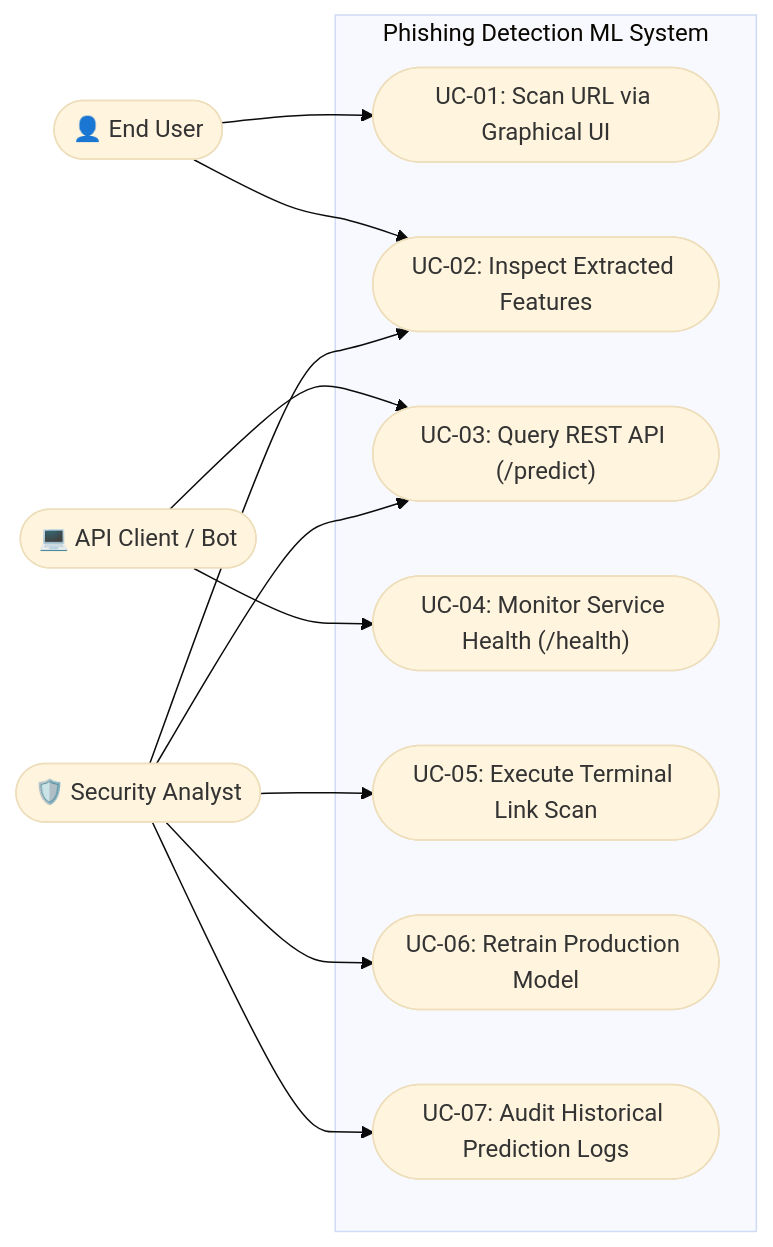
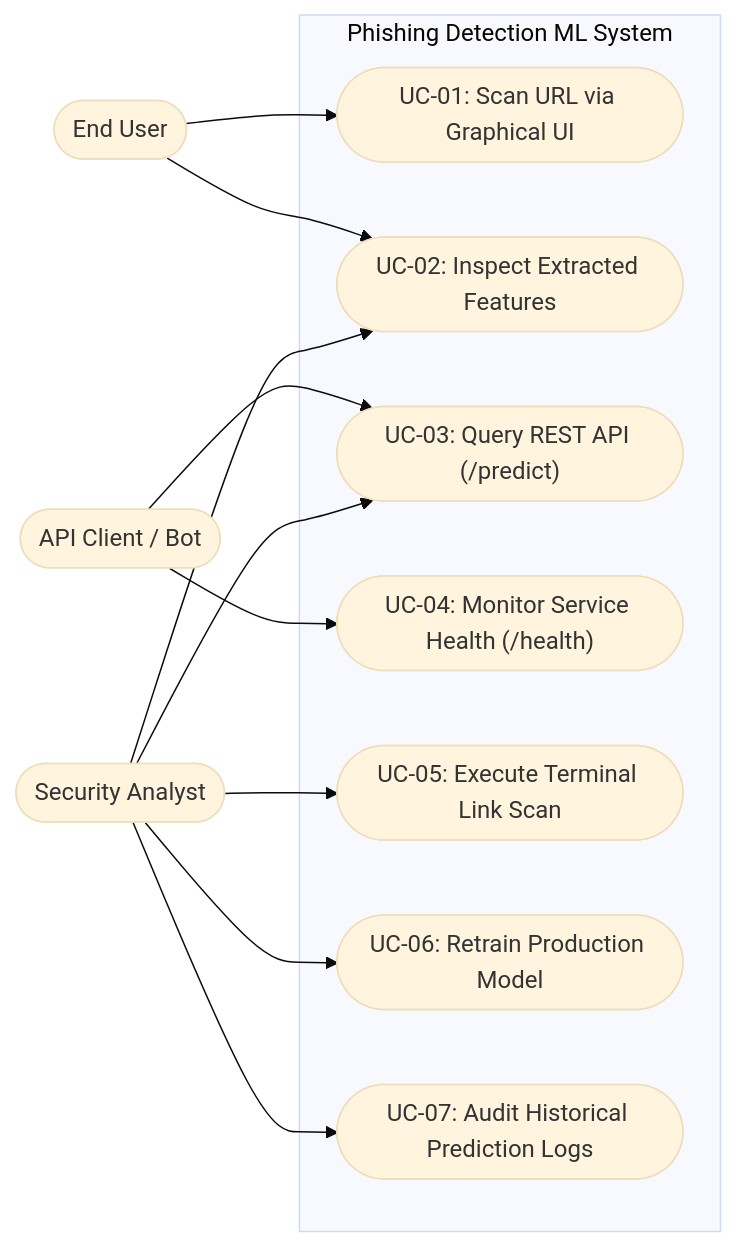
Before and after one commit to hassan3xl/phishing-link-detector-ml: the fifth of 10 diagrams in document.md, drawn with Mermaid (base theme). The commit also changed other lines of this file and 4 other files, not shown here.

````diff
--- a/document.md
+++ b/document.md
@@ -229,26 +229,26 @@
 ```mermaid
 flowchart LR
-    EndUser(["👤 End User"])
-    SecAnalyst(["🛡️ Security Analyst"])
-    ExtClient(["💻 API Client / Bot"])
+    EndUser(["End User"])
+    SecAnalyst(["Security Analyst"])
+    ExtClient(["API Client / Bot"])
 
     subgraph SystemBoundary ["Phishing Detection ML System"]
         UC1(["UC-01: Scan URL via Graphical UI"])
         UC2(["UC-02: Inspect Extracted Features"])
         UC3(["UC-03: Query REST API (/predict)"])
         UC4(["UC-04: Monitor Service Health (/health)"])
         UC5(["UC-05: Execute Terminal Link Scan"])
         UC6(["UC-06: Retrain Production Model"])
         UC7(["UC-07: Audit Historical Prediction Logs"])
     end
 
     EndUser --> UC1
     EndUser --> UC2
     ExtClient --> UC3
     ExtClient --> UC4
     SecAnalyst --> UC2
     SecAnalyst --> UC3
     SecAnalyst --> UC5
     SecAnalyst --> UC6
     SecAnalyst --> UC7
 ```
````
